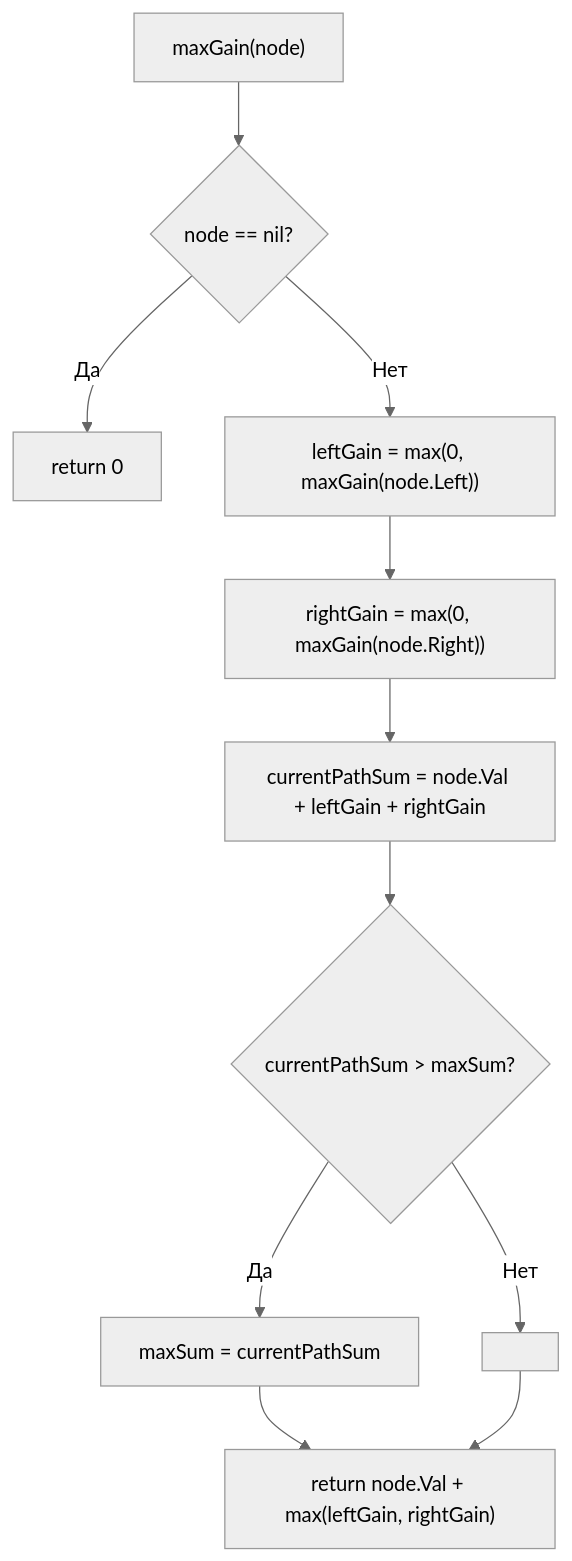
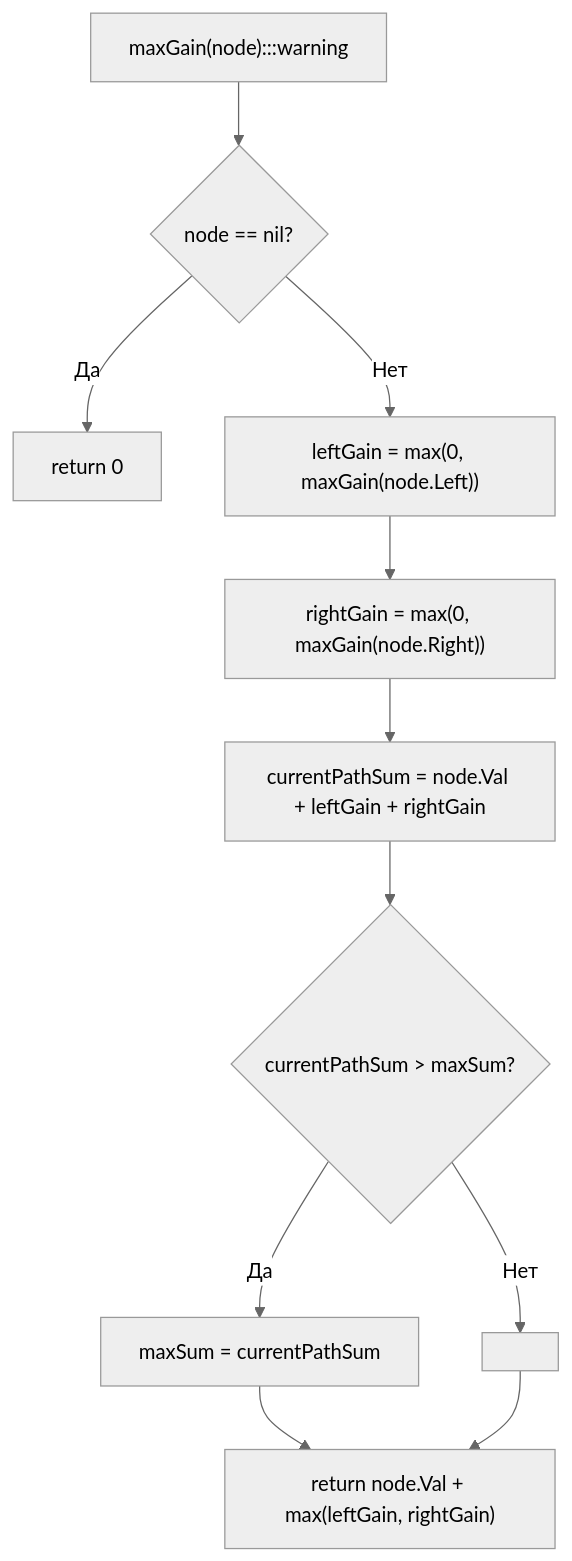
The diagram in sources/21. Задачи с LeetCode и собеседований на Go/02. Задачи/11. Поиск в глубину DFS/6. Binary Tree Maximum Path Sum.md (UnrealTemplier/go-textbook), drawn with Mermaid (neutral theme) before and after one commit. The commit also changed 1666 other files, not shown here.

First line of the commit message:
feat(mermaid): add semantic color classDef to 1369 colorless flowchart/graph diagrams

````diff
--- a/sources/21. Задачи с LeetCode и собеседований на Go/02. Задачи/11. Поиск в глубину DFS/6. Binary Tree Maximum Path Sum.md
+++ b/sources/21. Задачи с LeetCode и собеседований на Go/02. Задачи/11. Поиск в глубину DFS/6. Binary Tree Maximum Path Sum.md
@@ -79,13 +79,23 @@
 ```mermaid
 flowchart TD
-    A["maxGain(node)"] --> B{"node == nil?"}
+    classDef process  fill:#1e293b,stroke:#38bdf8,stroke-width:1px,color:#f8fafc
+    classDef success  fill:#064e3b,stroke:#34d399,stroke-width:1px,color:#f8fafc
+    classDef error    fill:#7f1d1d,stroke:#f87171,stroke-width:1px,color:#f8fafc
+    classDef warning  fill:#78350f,stroke:#fbbf24,stroke-width:1px,color:#f8fafc
+    classDef entry    fill:#1e3a5f,stroke:#38bdf8,stroke-width:2px,color:#f8fafc
+    classDef aux      fill:#334155,stroke:#64748b,stroke-width:1px,color:#f8fafc
+    classDef system   fill:#312e81,stroke:#a78bfa,stroke-width:1px,color:#f8fafc
+    classDef data     fill:#132d29,stroke:#2dd4bf,stroke-width:1px,color:#f8fafc
+    classDef network  fill:#881337,stroke:#fb7185,stroke-width:1px,color:#f8fafc
+    classDef accent   fill:#1e1b4b,stroke:#818cf8,stroke-width:1px,color:#f8fafc
+    A["maxGain(node):::warning"] --> B{"node == nil?"}
     B -->|"Да"| C["return 0"]
     B -->|"Нет"| D["leftGain = max(0, maxGain(node.Left))"]
     D --> E["rightGain = max(0, maxGain(node.Right))"]
     E --> F["currentPathSum = node.Val + leftGain + rightGain"]
     F --> G{"currentPathSum > maxSum?"}
     G -->|"Да"| H["maxSum = currentPathSum"]
     G -->|"Нет"| I[" "]
     H --> J["return node.Val + max(leftGain, rightGain)"]
     I --> J
 ```
````
